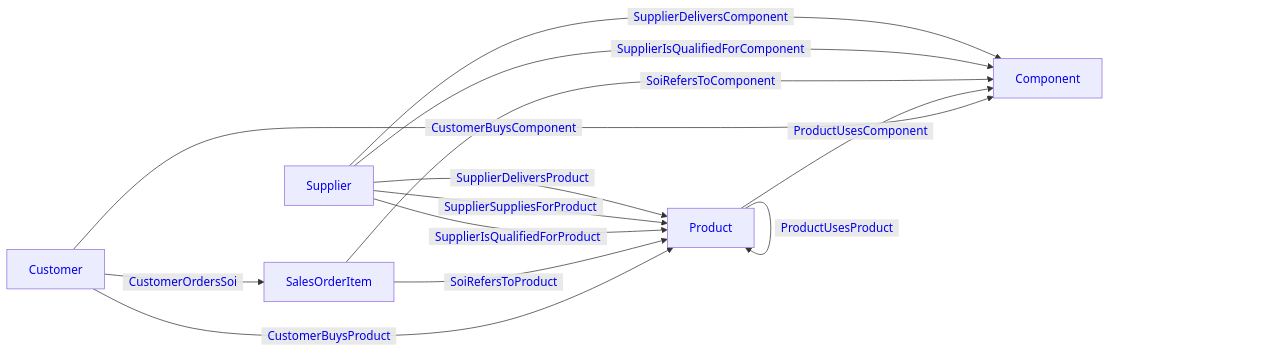
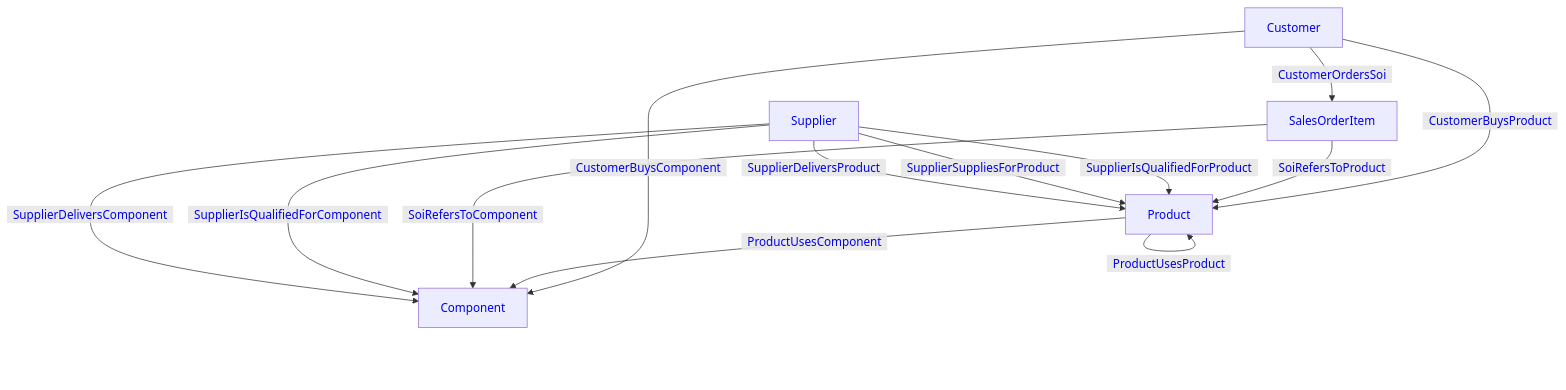
Before and after one commit to User1000/dataengineer-roadmap: the diagram in test.md, drawn with Mermaid.

Commit message:
vault backup: 2023-08-04 17:50:47

````diff
--- a/test.md
+++ b/test.md
@@ -3,23 +3,23 @@
 ```mermaid
-    graph LR;
+    graph TD;
     Product[<a  style='text-decoration: none' href='#Product'>Product</a>]
 Supplier[<a  style='text-decoration: none' href='#Supplier'>Supplier</a>]
 Component[<a  style='text-decoration: none' href='#Component'>Component</a>]
 Customer[<a  style='text-decoration: none' href='#Customer'>Customer</a>]
 SalesOrderItem[<a  style='text-decoration: none' href='#SalesOrderItem'>SalesOrderItem</a>]
 
 
     Customer -->|"&nbsp;&nbsp;<a  style='text-decoration: none' href='#CustomerOrdersSoi'>CustomerOrdersSoi</a>&nbsp;&nbsp;"| SalesOrderItem
 Supplier -->|"&nbsp;&nbsp;<a  style='text-decoration: none' href='#SupplierDeliversComponent'>SupplierDeliversComponent</a>&nbsp;&nbsp;"| Component
 Supplier -->|"&nbsp;&nbsp;<a  style='text-decoration: none' href='#SupplierDeliversProduct'>SupplierDeliversProduct</a>&nbsp;&nbsp;"| Product
 Supplier -->|"&nbsp;&nbsp;<a  style='text-decoration: none' href='#SupplierSuppliesForProduct'>SupplierSuppliesForProduct</a>&nbsp;&nbsp;"| Product
 Supplier -->|"&nbsp;&nbsp;<a  style='text-decoration: none' href='#SupplierIsQualifiedForComponent'>SupplierIsQualifiedForComponent</a>&nbsp;&nbsp;"| Component
 Supplier -->|"&nbsp;&nbsp;<a  style='text-decoration: none' href='#SupplierIsQualifiedForProduct'>SupplierIsQualifiedForProduct</a>&nbsp;&nbsp;"| Product
 SalesOrderItem -->|"&nbsp;&nbsp;<a  style='text-decoration: none' href='#SoiRefersToProduct'>SoiRefersToProduct</a>&nbsp;&nbsp;"| Product
 SalesOrderItem -->|"&nbsp;&nbsp;<a  style='text-decoration: none' href='#SoiRefersToComponent'>SoiRefersToComponent</a>&nbsp;&nbsp;"| Component
 Product -->|"&nbsp;&nbsp;<a  style='text-decoration: none' href='#ProductUsesComponent'>ProductUsesComponent</a>&nbsp;&nbsp;"| Component
 Product -->|"&nbsp;&nbsp;<a  style='text-decoration: none' href='#ProductUsesProduct'>ProductUsesProduct</a>&nbsp;&nbsp;"| Product
 Customer -->|"&nbsp;&nbsp;<a  style='text-decoration: none' href='#CustomerBuysProduct'>CustomerBuysProduct</a>&nbsp;&nbsp;"| Product
 Customer -->|"&nbsp;&nbsp;<a  style='text-decoration: none' href='#CustomerBuysComponent'>CustomerBuysComponent</a>&nbsp;&nbsp;"| Component
 
 ```
````
